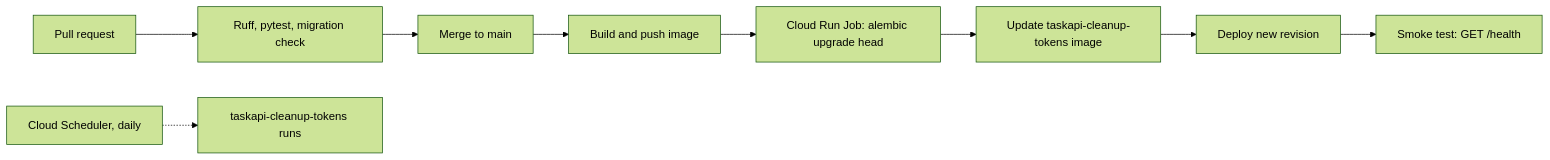
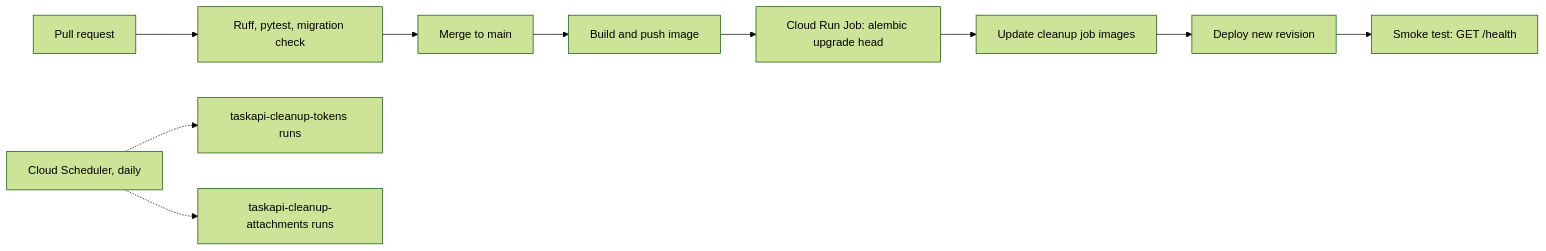
The diagram in README.md (apogano/taskapi), drawn with Mermaid (forest theme) before and after one commit. The commit also changed other lines of this file, not shown here.

First line of the commit message:
Attachments readme (#9)

````diff
--- a/README.md
+++ b/README.md
@@ -199,11 +229,12 @@
 ```mermaid
 flowchart LR
     PR["Pull request"] --> CI["Ruff, pytest, migration check"]
     CI --> Merge["Merge to main"]
     Merge --> Build["Build and push image"]
     Build --> Migrate["Cloud Run Job: alembic upgrade head"]
-    Migrate --> Cleanup["Update taskapi-cleanup-tokens image"]
+    Migrate --> Cleanup["Update cleanup job images"]
     Cleanup --> Deploy["Deploy new revision"]
     Deploy --> Smoke["Smoke test: GET /health"]
-    Scheduler["Cloud Scheduler, daily"] -.-> Cleanup2["taskapi-cleanup-tokens runs"]
+    Scheduler["Cloud Scheduler, daily"] -.-> CleanupTokens["taskapi-cleanup-tokens runs"]
+    Scheduler -.-> CleanupAttachments["taskapi-cleanup-attachments runs"]
 ```
````
